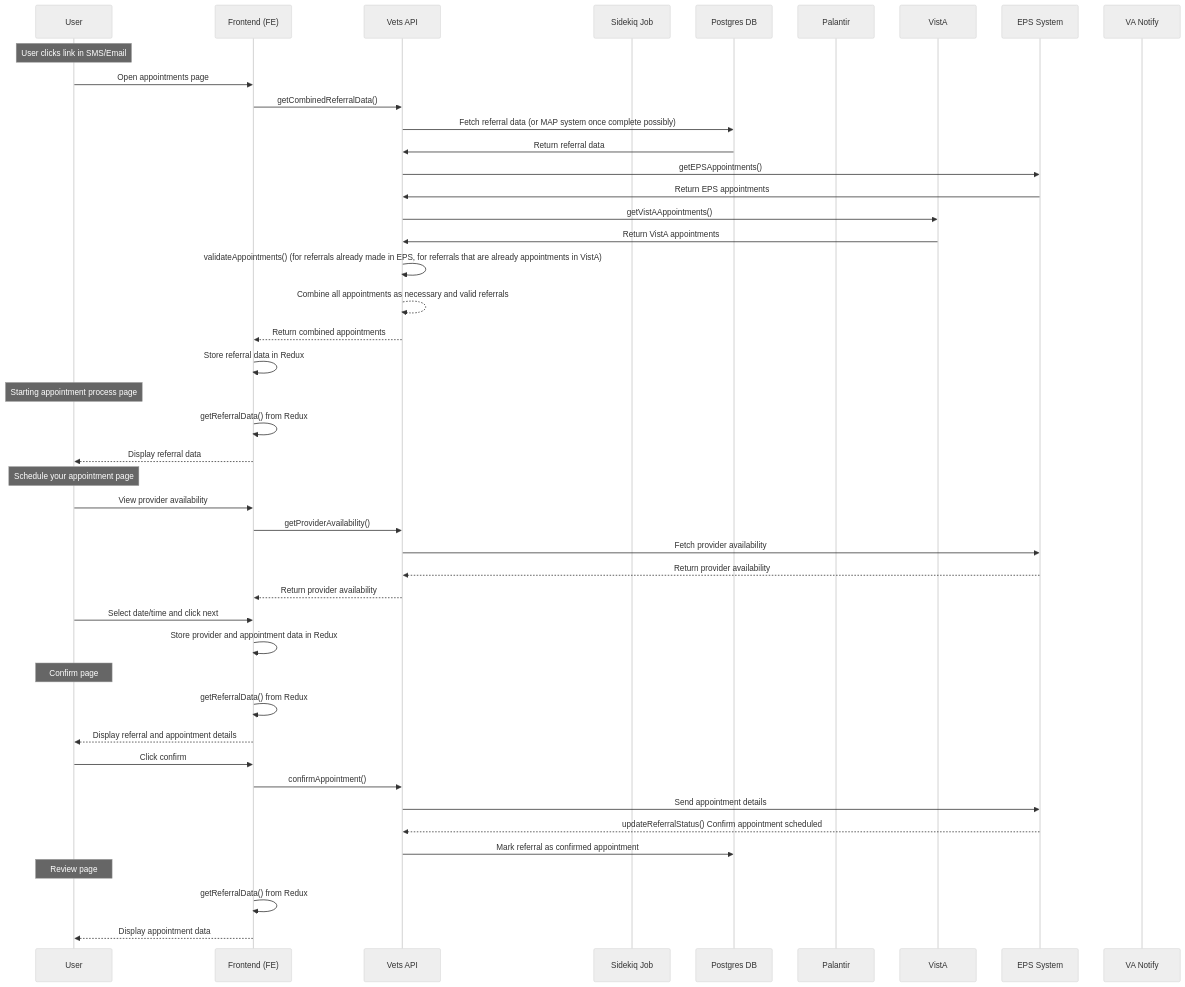
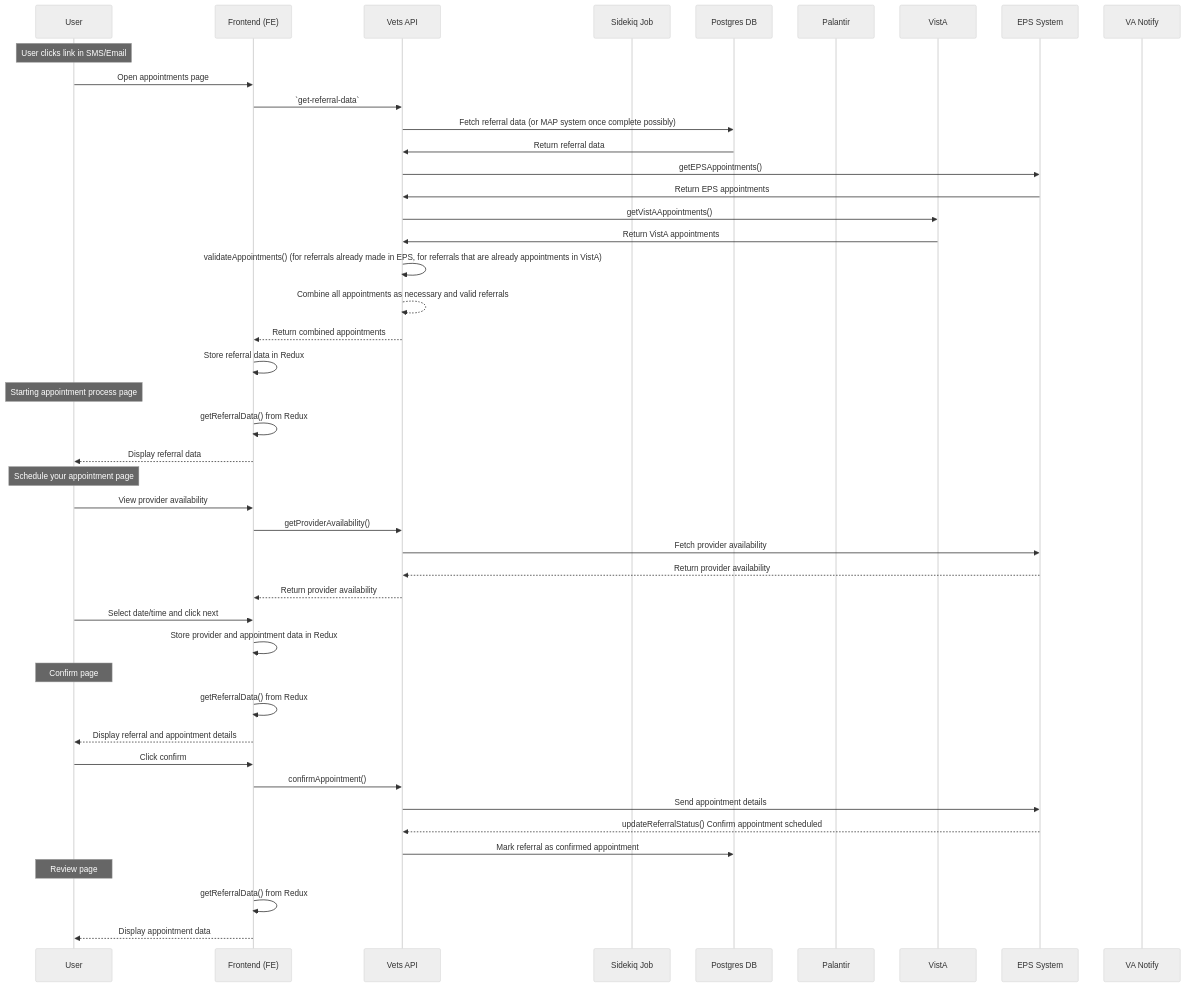
Before and after one commit to department-of-veterans-affairs/va.gov-team: the fourth of 4 diagrams in products/health-care/appointments/va-online-scheduling/engineering/architecture/community-care-technical-documentation.md, drawn with Mermaid (neutral theme).

````diff
--- a/products/health-care/appointments/va-online-scheduling/engineering/architecture/community-care-technical-documentation.md
+++ b/products/health-care/appointments/va-online-scheduling/engineering/architecture/community-care-technical-documentation.md
@@ -131,53 +131,53 @@
 ```mermaid
 sequenceDiagram
     participant User
     participant Frontend as Frontend (FE)
     participant VetsAPI as Vets API
     participant Sidekiq as Sidekiq Job
     participant Postgres as Postgres DB
     participant Palantir as Palantir
     participant VistA as VistA
     participant EPS as EPS System
     participant VA as VA Notify
 
     Note over User: User clicks link in SMS/Email
     User->>Frontend: Open appointments page
-    Frontend->>VetsAPI: getCombinedReferralData()
+    Frontend->>VetsAPI: `get-referral-data`
     VetsAPI->>Postgres: Fetch referral data (or MAP system once complete possibly)
     Postgres->>VetsAPI: Return referral data
     VetsAPI->>EPS: getEPSAppointments() 
     EPS->>VetsAPI: Return EPS appointments
     VetsAPI->>VistA: getVistAAppointments() 
     VistA->>VetsAPI: Return VistA appointments
     VetsAPI->>VetsAPI: validateAppointments() (for referrals already made in EPS, for referrals that are already appointments in VistA)
     VetsAPI-->>VetsAPI: Combine all appointments as necessary and valid referrals
     VetsAPI-->>Frontend: Return combined appointments
     Frontend->>Frontend: Store referral data in Redux
     
 
     Note over User: Starting appointment process page
     Frontend->>Frontend: getReferralData() from Redux
     Frontend-->>User: Display referral data
 
     Note over User: Schedule your appointment page
     User->>Frontend: View provider availability
     Frontend->>VetsAPI: getProviderAvailability()
     VetsAPI->>EPS: Fetch provider availability
     EPS-->>VetsAPI: Return provider availability
     VetsAPI-->>Frontend: Return provider availability
     User->>Frontend: Select date/time and click next
     Frontend->>Frontend: Store provider and appointment data in Redux
 
     Note over User: Confirm page
     Frontend->>Frontend: getReferralData() from Redux
     Frontend-->>User: Display referral and appointment details
     User->>Frontend: Click confirm
     Frontend->>VetsAPI: confirmAppointment()
     VetsAPI->>EPS: Send appointment details
     EPS-->>VetsAPI: updateReferralStatus() Confirm appointment scheduled
     VetsAPI->>Postgres: Mark referral as confirmed appointment
 
     Note over User: Review page
     Frontend->>Frontend: getReferralData() from Redux
     Frontend-->>User: Display appointment data
 ```
````
